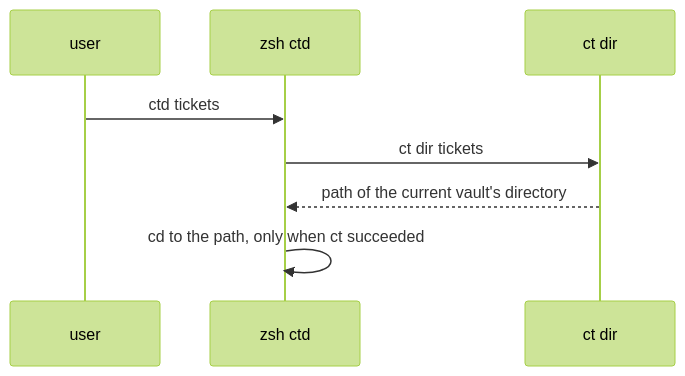
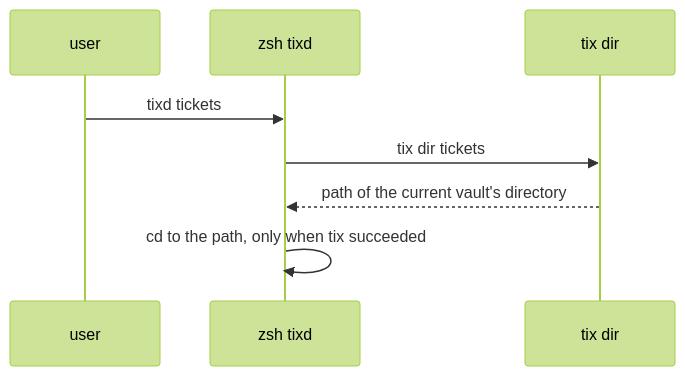
Before and after one commit to zero4573/nixos: the second of 2 diagrams in docs/tix.md, drawn with Mermaid (forest theme). The commit also changed other lines of this file and 29 other files, not shown here.

````diff
--- a/docs/tix.md
+++ b/docs/tix.md
@@ -47,10 +53,10 @@
 ```mermaid
 sequenceDiagram
     participant U as user
-    participant Z as zsh ctd
-    participant T as ct dir
-    U->>Z: ctd tickets
-    Z->>T: ct dir tickets
+    participant Z as zsh tixd
+    participant T as tix dir
+    U->>Z: tixd tickets
+    Z->>T: tix dir tickets
     T-->>Z: path of the current vault's directory
-    Z->>Z: cd to the path, only when ct succeeded
+    Z->>Z: cd to the path, only when tix succeeded
 ```
````
